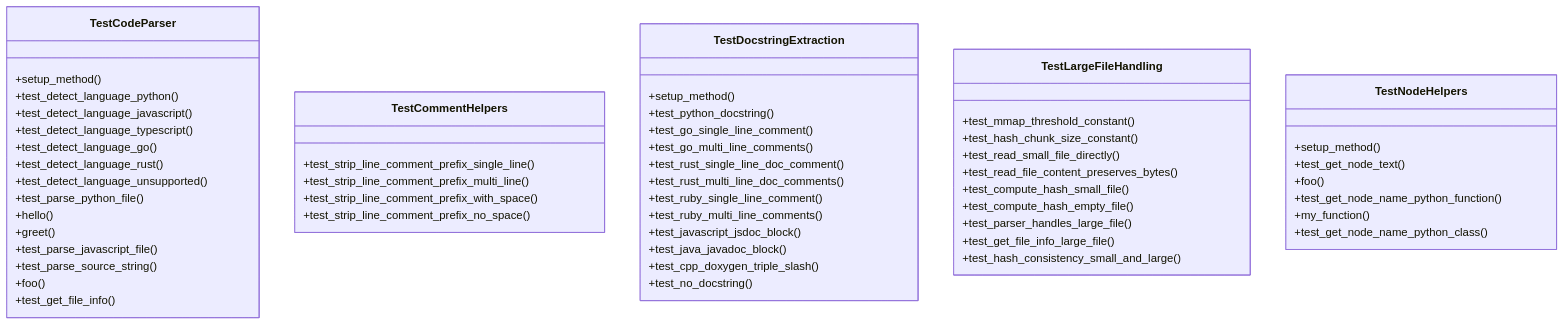
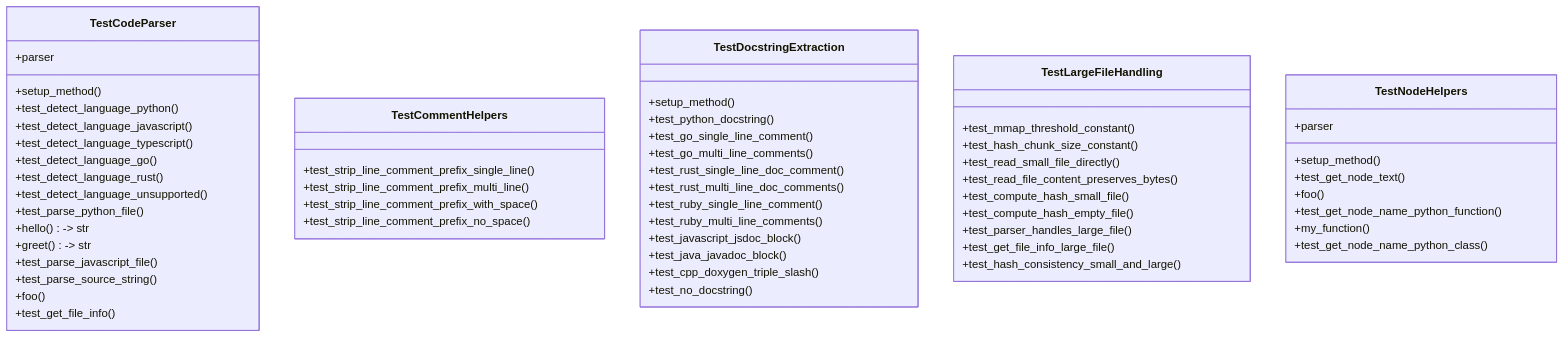
Before and after one commit to UrbanDiver/local-deepwiki-mcp: the first of 2 diagrams in .deepwiki/files/tests/test_parser.md, drawn with Mermaid. The commit also changed other lines of this file and 30 other files, not shown here.

````diff
--- a/.deepwiki/files/tests/test_parser.md
+++ b/.deepwiki/files/tests/test_parser.md
@@ -631,58 +484,60 @@
 ```mermaid
 classDiagram
     class TestCodeParser {
+        +parser
         +setup_method()
         +test_detect_language_python()
         +test_detect_language_javascript()
         +test_detect_language_typescript()
         +test_detect_language_go()
         +test_detect_language_rust()
         +test_detect_language_unsupported()
         +test_parse_python_file()
-        +hello()
-        +greet()
+        +hello() -> str
+        +greet() -> str
         +test_parse_javascript_file()
         +test_parse_source_string()
         +foo()
         +test_get_file_info()
     }
     class TestCommentHelpers {
         +test_strip_line_comment_prefix_single_line()
         +test_strip_line_comment_prefix_multi_line()
         +test_strip_line_comment_prefix_with_space()
         +test_strip_line_comment_prefix_no_space()
     }
     class TestDocstringExtraction {
         +setup_method()
         +test_python_docstring()
         +test_go_single_line_comment()
         +test_go_multi_line_comments()
         +test_rust_single_line_doc_comment()
         +test_rust_multi_line_doc_comments()
         +test_ruby_single_line_comment()
         +test_ruby_multi_line_comments()
         +test_javascript_jsdoc_block()
         +test_java_javadoc_block()
         +test_cpp_doxygen_triple_slash()
         +test_no_docstring()
     }
     class TestLargeFileHandling {
         +test_mmap_threshold_constant()
         +test_hash_chunk_size_constant()
         +test_read_small_file_directly()
         +test_read_file_content_preserves_bytes()
         +test_compute_hash_small_file()
         +test_compute_hash_empty_file()
         +test_parser_handles_large_file()
         +test_get_file_info_large_file()
         +test_hash_consistency_small_and_large()
     }
     class TestNodeHelpers {
+        +parser
         +setup_method()
         +test_get_node_text()
         +foo()
         +test_get_node_name_python_function()
         +my_function()
         +test_get_node_name_python_class()
     }
 ```
````
